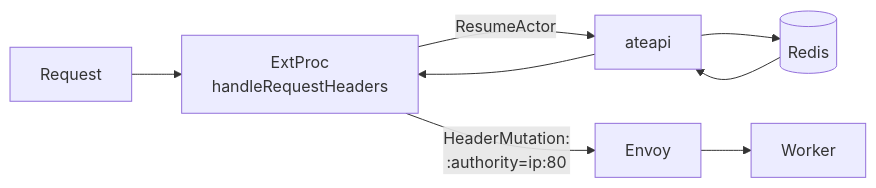
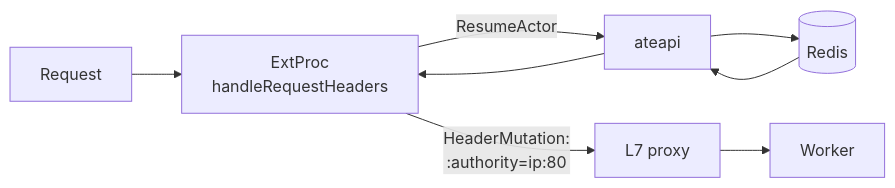
Before and after one commit to christian-posta/substrate: the second of 2 diagrams in atlas/src/content/docs/flows/request-path.mdx, drawn with Mermaid. The commit also changed other lines of this file and 6 other files, not shown here.

Commit message:
updated clickable diagram, fix a bug in atenet

````diff
--- a/atlas/src/content/docs/flows/request-path.mdx
+++ b/atlas/src/content/docs/flows/request-path.mdx
@@ -58,10 +58,10 @@
 ```mermaid
 flowchart LR
   REQ[Request] --> EXT[ExtProc<br/>handleRequestHeaders]
   EXT -->|ResumeActor| API[ateapi]
   API --> RED[(Redis)]
   RED --> API
   API --> EXT
-  EXT -->|HeaderMutation:<br/>:authority=ip:80| ENV[Envoy]
+  EXT -->|HeaderMutation:<br/>:authority=ip:80| ENV[L7 proxy]
   ENV --> WK[Worker]
 ```
````
